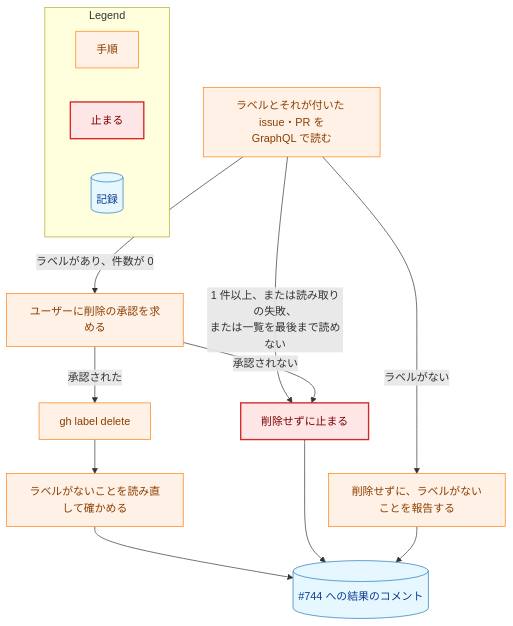
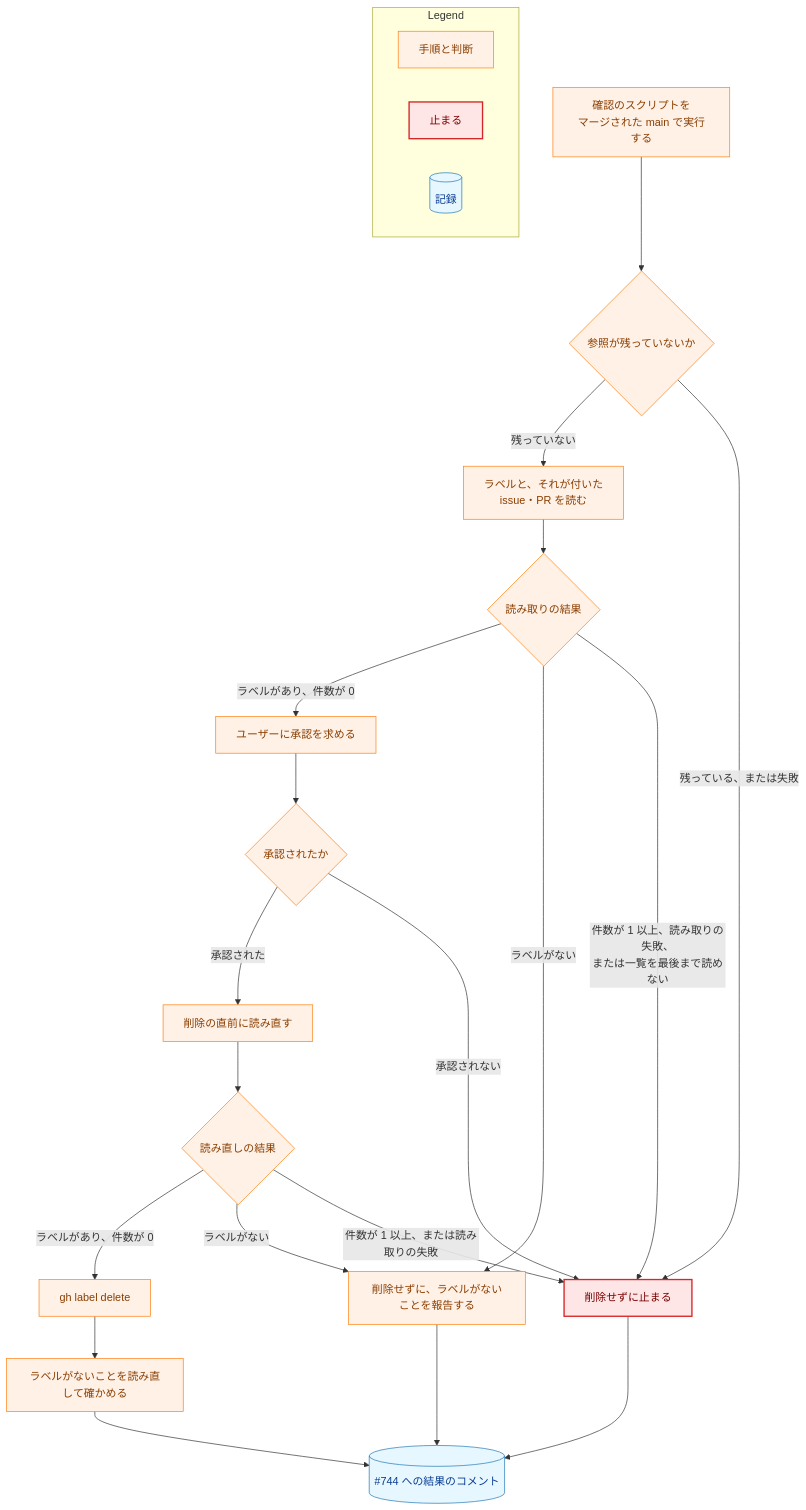
The fourth of 4 diagrams in docs/tasks/0075_remove_lightweight_process/02_architecture.md (isseis/yt2column), drawn with Mermaid before and after one commit. The commit also changed other lines of this file, not shown here.

First line of the commit message:
docs(0075): address the architecture review and the prose pass

````diff
--- a/docs/tasks/0075_remove_lightweight_process/02_architecture.md
+++ b/docs/tasks/0075_remove_lightweight_process/02_architecture.md
@@ -403,37 +409,52 @@
 ```mermaid
 flowchart TD
     classDef data fill:#e6f7ff,stroke:#1f77b4,stroke-width:1px,color:#0b3d91;
     classDef process fill:#fff1e6,stroke:#ff7f0e,stroke-width:1px,color:#8a3e00;
     classDef problem fill:#ffe6e6,stroke:#d62728,stroke-width:2px,color:#7b0000;
 
-    Q["ラベルとそれが付いた issue・PR を<br>GraphQL で読む"]
-    ASK["ユーザーに削除の承認を求める"]
+    CHK["確認のスクリプトを<br>マージされた main で実行する"]
+    D0{"参照が残っていないか"}
+    Q1["ラベルと、それが付いた<br>issue・PR を読む"]
+    D1{"読み取りの結果"}
+    ASK["ユーザーに承認を求める"]
+    D2{"承認されたか"}
+    Q2["削除の直前に読み直す"]
+    D3{"読み直しの結果"}
     DEL["gh label delete"]
     VERIFY["ラベルがないことを読み直して確かめる"]
     STOP["削除せずに止まる"]
     ABSENT["削除せずに、ラベルがないことを報告する"]
     REC[("#744 への結果のコメント")]
 
-    Q -->|"ラベルがあり、件数が 0"| ASK
-    Q -->|"ラベルがない"| ABSENT
-    Q -->|"1 件以上、または読み取りの失敗、<br>または一覧を最後まで読めない"| STOP
-    ASK -->|"承認された"| DEL
-    ASK -->|"承認されない"| STOP
+    CHK --> D0
+    D0 -->|"残っていない"| Q1
+    D0 -->|"残っている、または失敗"| STOP
+    Q1 --> D1
+    D1 -->|"ラベルがあり、件数が 0"| ASK
+    D1 -->|"ラベルがない"| ABSENT
+    D1 -->|"件数が 1 以上、読み取りの失敗、<br>または一覧を最後まで読めない"| STOP
+    ASK --> D2
+    D2 -->|"承認された"| Q2
+    D2 -->|"承認されない"| STOP
+    Q2 --> D3
+    D3 -->|"ラベルがあり、件数が 0"| DEL
+    D3 -->|"ラベルがない"| ABSENT
+    D3 -->|"件数が 1 以上、または読み取りの失敗"| STOP
     DEL --> VERIFY
     VERIFY --> REC
     STOP --> REC
     ABSENT --> REC
 
-    class Q,ASK,DEL,VERIFY,ABSENT process
+    class CHK,Q1,ASK,Q2,DEL,VERIFY,ABSENT,D0,D1,D2,D3 process
     class STOP problem
     class REC data
 
     subgraph Legend["Legend"]
-        L1["手順"]
+        L1["手順と判断"]
         L2["止まる"]
         L3[("記録")]
     end
     class L1 process
     class L2 problem
     class L3 data
 ```
````
